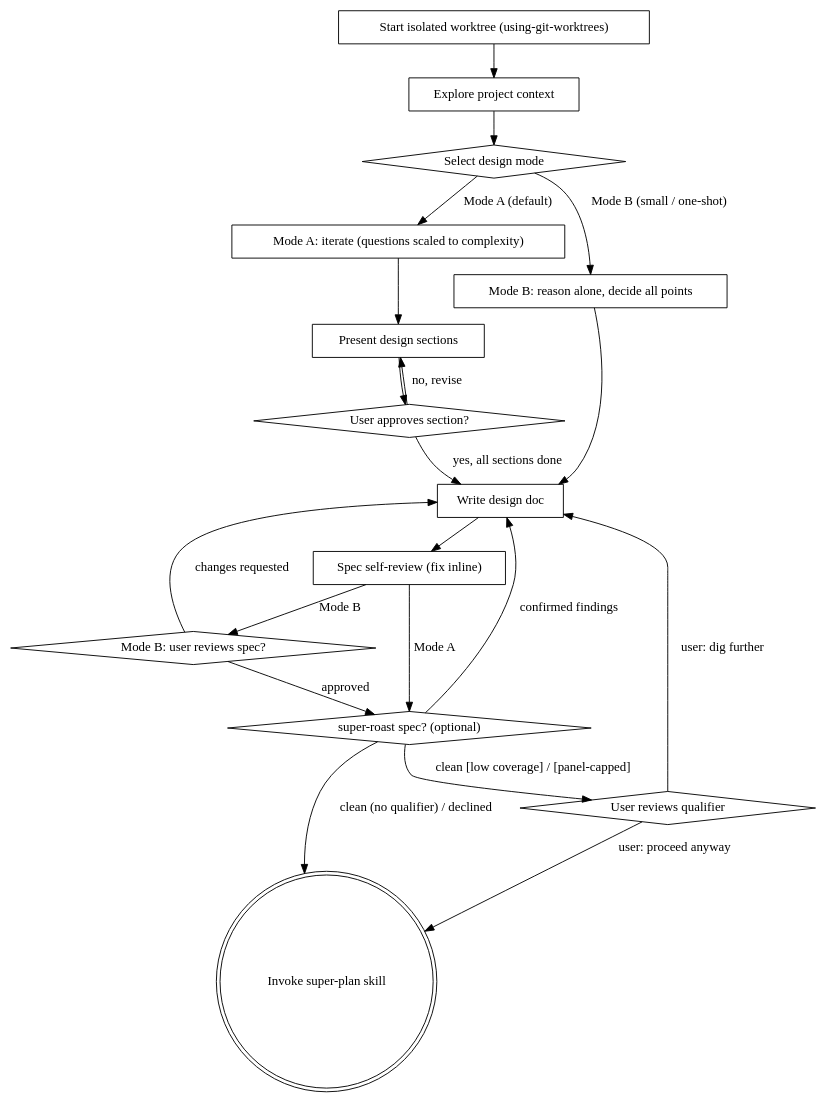
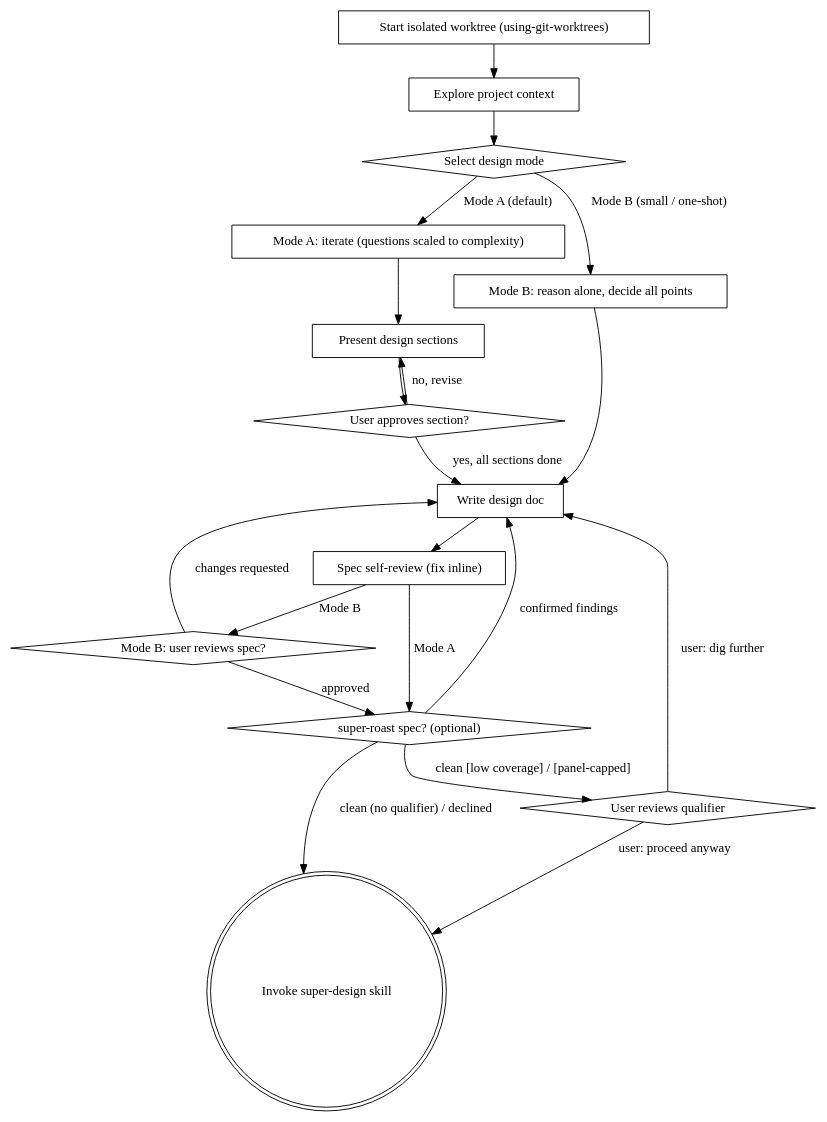
One commit to alepar/superpowers changed the diagram in skills/brainstorming/SKILL.md. Above: the diagram before and after it, drawn with Graphviz. The commit also changed other lines of this file and 19 other files, not shown here.

First line of the commit message:
refactor(super-design): rename super-plan skill to super-design

````diff
--- a/skills/brainstorming/SKILL.md
+++ b/skills/brainstorming/SKILL.md
@@ -62,37 +62,37 @@
 ```dot
 digraph brainstorming {
     "Start isolated worktree (using-git-worktrees)" [shape=box];
     "Explore project context" [shape=box];
     "Select design mode" [shape=diamond];
     "Mode A: iterate (questions scaled to complexity)" [shape=box];
     "Mode B: reason alone, decide all points" [shape=box];
     "Present design sections" [shape=box];
     "User approves section?" [shape=diamond];
     "Write design doc" [shape=box];
     "Spec self-review (fix inline)" [shape=box];
     "super-roast spec? (optional)" [shape=diamond];
     "User reviews qualifier" [shape=diamond];
     "Mode B: user reviews spec?" [shape=diamond];
-    "Invoke super-plan skill" [shape=doublecircle];
+    "Invoke super-design skill" [shape=doublecircle];
 
     "Start isolated worktree (using-git-worktrees)" -> "Explore project context";
     "Explore project context" -> "Select design mode";
     "Select design mode" -> "Mode A: iterate (questions scaled to complexity)" [label="Mode A (default)"];
     "Select design mode" -> "Mode B: reason alone, decide all points" [label="Mode B (small / one-shot)"];
     "Mode A: iterate (questions scaled to complexity)" -> "Present design sections";
     "Present design sections" -> "User approves section?";
     "User approves section?" -> "Present design sections" [label="no, revise"];
     "User approves section?" -> "Write design doc" [label="yes, all sections done"];
     "Mode B: reason alone, decide all points" -> "Write design doc";
     "Write design doc" -> "Spec self-review (fix inline)";
     "Spec self-review (fix inline)" -> "super-roast spec? (optional)" [label="Mode A"];
     "Spec self-review (fix inline)" -> "Mode B: user reviews spec?" [label="Mode B"];
     "Mode B: user reviews spec?" -> "Write design doc" [label="changes requested"];
     "Mode B: user reviews spec?" -> "super-roast spec? (optional)" [label="approved"];
     "super-roast spec? (optional)" -> "Write design doc" [label="confirmed findings"];
     "super-roast spec? (optional)" -> "User reviews qualifier" [label="clean [low coverage] / [panel-capped]"];
-    "super-roast spec? (optional)" -> "Invoke super-plan skill" [label="clean (no qualifier) / declined"];
-    "User reviews qualifier" -> "Invoke super-plan skill" [label="user: proceed anyway"];
+    "super-roast spec? (optional)" -> "Invoke super-design skill" [label="clean (no qualifier) / declined"];
+    "User reviews qualifier" -> "Invoke super-design skill" [label="user: proceed anyway"];
     "User reviews qualifier" -> "Write design doc" [label="user: dig further"];
 }
 ```
````
